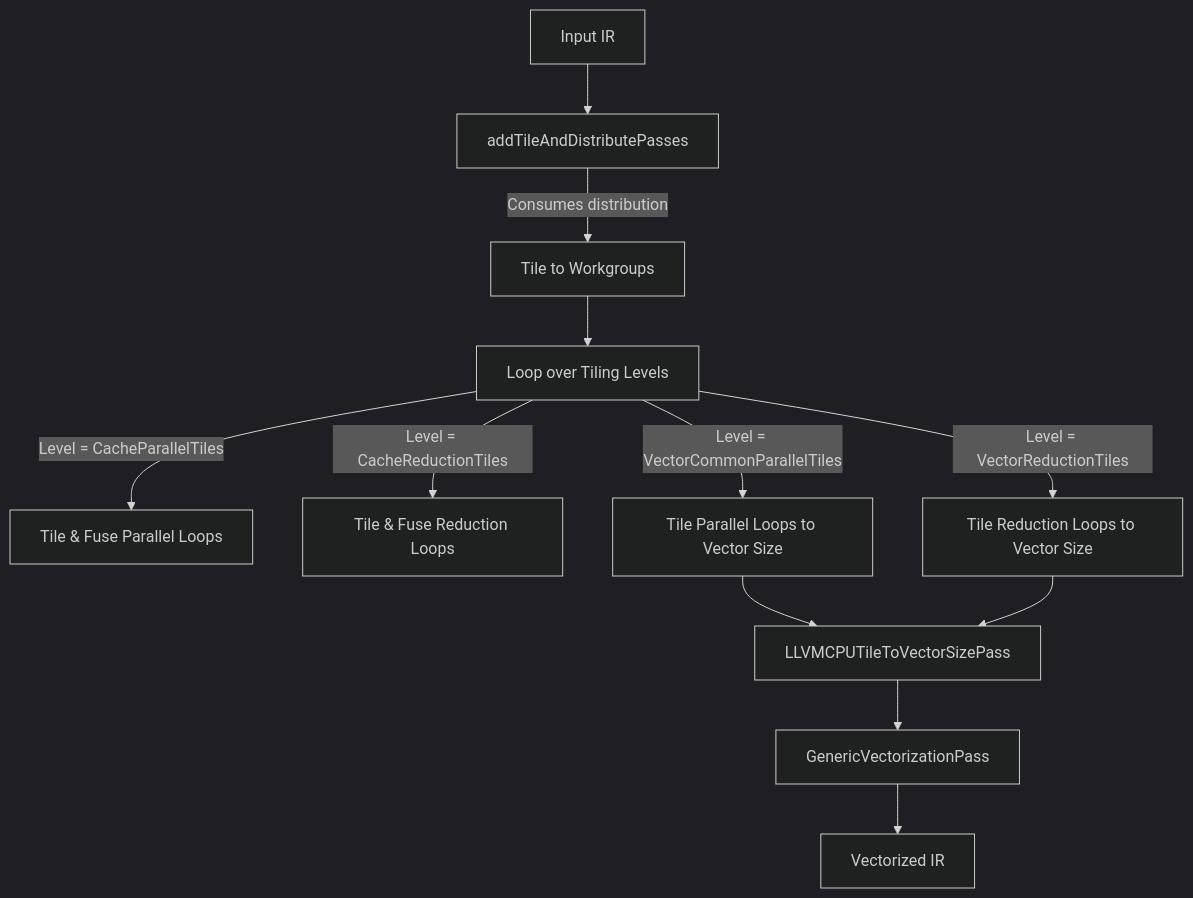
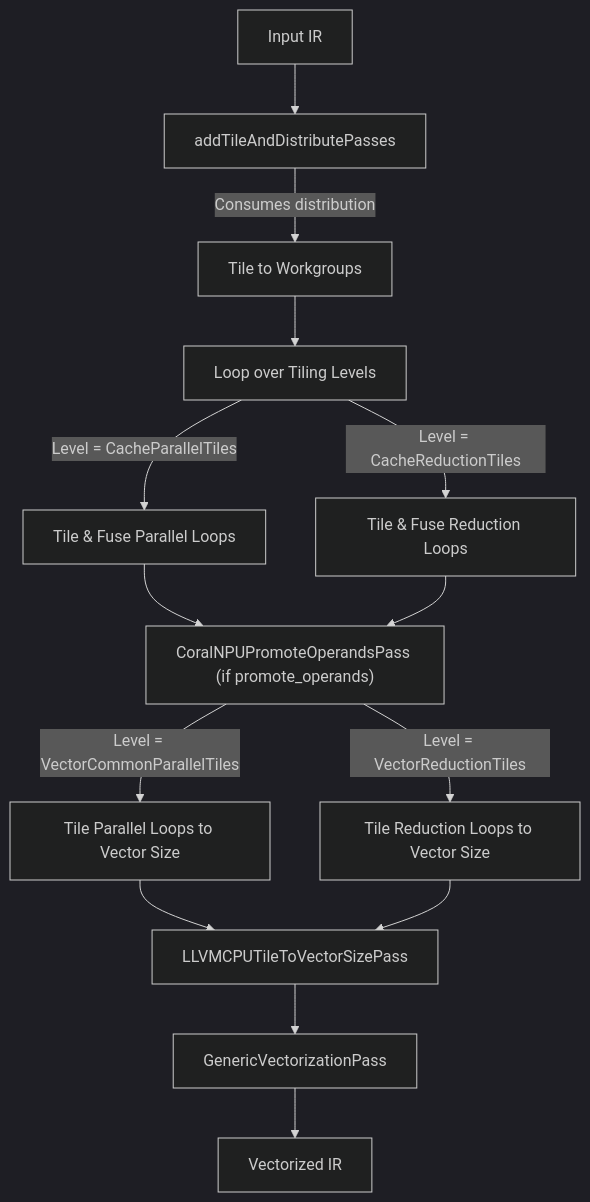
Before and after one commit to google-coral/coralnpu-compiler: the second of 2 diagrams in docs/design/tiling_levels_explained.md, drawn with Mermaid (dark theme). The commit also changed other lines of this file and 32 other files, not shown here.

````diff
--- a/docs/design/tiling_levels_explained.md
+++ b/docs/design/tiling_levels_explained.md
@@ -153,18 +157,20 @@
 ```mermaid
 graph TD
     Input[Input IR] --> Pass0[addTileAndDistributePasses]
     Pass0 -->|Consumes distribution| Pass1[Tile to Workgroups]
 
     Pass1 --> Loop[Loop over Tiling Levels]
 
     Loop -->|Level = CacheParallelTiles| Pass2[Tile & Fuse Parallel Loops]
     Loop -->|Level = CacheReductionTiles| Pass3[Tile & Fuse Reduction Loops]
 
-    Loop -->|Level = VectorCommonParallelTiles| Pass4[Tile Parallel Loops to Vector Size]
-    Loop -->|Level = VectorReductionTiles| Pass5[Tile Reduction Loops to Vector Size]
+    Pass2 & Pass3 --> Promote["CoralNPUPromoteOperandsPass (if promote_operands)"]
+
+    Promote -->|Level = VectorCommonParallelTiles| Pass4[Tile Parallel Loops to Vector Size]
+    Promote -->|Level = VectorReductionTiles| Pass5[Tile Reduction Loops to Vector Size]
 
     Pass4 & Pass5 --> Pass6[LLVMCPUTileToVectorSizePass]
     Pass6 --> Pass7[GenericVectorizationPass]
 
     Pass7 --> Output[Vectorized IR]
 ```
````
